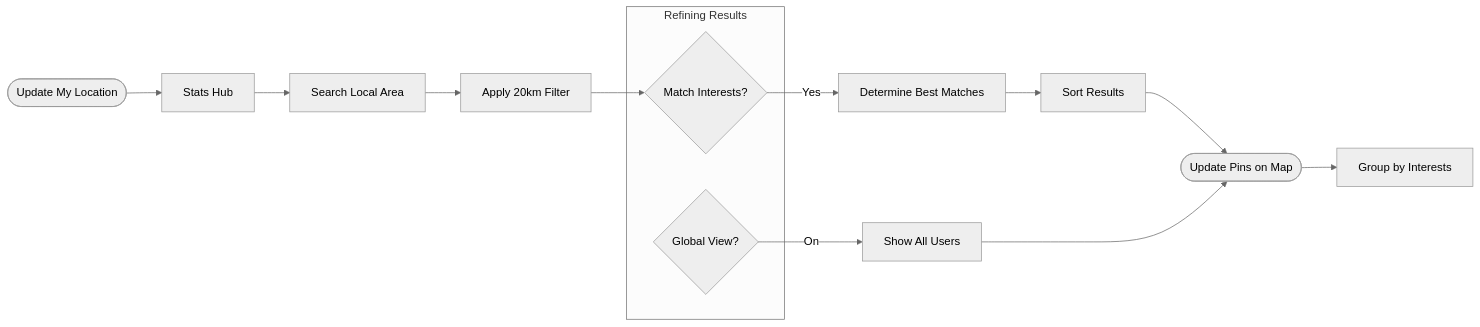
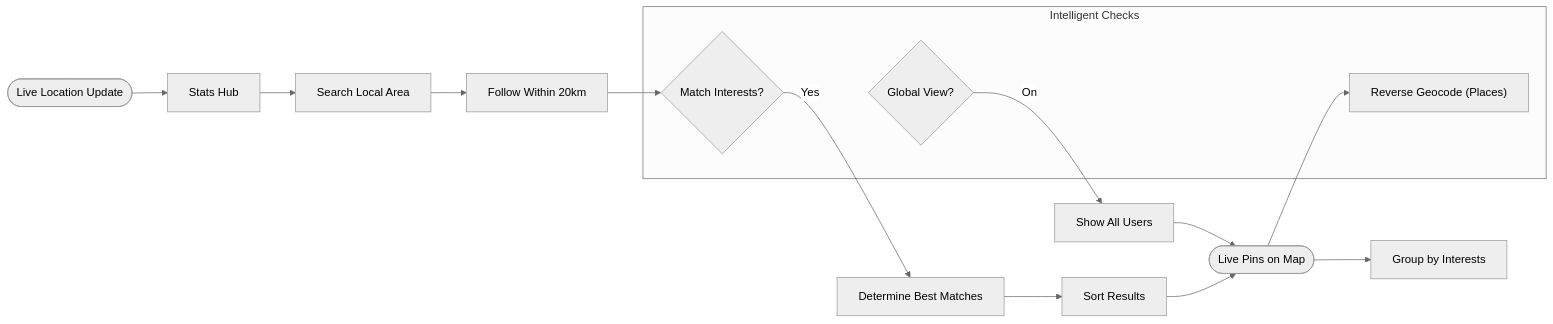
The fifth of 8 diagrams in docs/DIAGRAMS.md (Akash-Veerla/Demographic), drawn with Mermaid (neutral theme) before and after one commit. The commit also changed other lines of this file, not shown here.

Commit message:
System Diagrams Update

````diff
--- a/docs/DIAGRAMS.md
+++ b/docs/DIAGRAMS.md
@@ -139,21 +148,24 @@
 ```mermaid
 graph LR
-    Start([Update My Location]) --> Hub[Stats Hub]
+    Start([Live Location Update]) --> Hub[Stats Hub]
     Hub --> Search[Search Local Area]
-    Search --> Filter[Apply 20km Filter]
+    Search --> Range[Follow Within 20km]
     
-    subgraph "Refining Results"
+    subgraph "Intelligent Checks"
+        ReverseGeo["Reverse Geocode (Places)"]
         Match{Match Interests?}
         Global{Global View?}
     end
     
-    Filter --> Match
+    Range --> Match
     Global -- "On" --> ShowAll[Show All Users]
     Match -- "Yes" --> Calc[Determine Best Matches]
     
     Calc --> Sort[Sort Results]
-    Sort --> MapPins([Update Pins on Map])
+    Sort --> MapPins([Live Pins on Map])
     ShowAll --> MapPins
+    
+    MapPins --> ReverseGeo
     
     MapPins --> Groups["Group by Interests"]
 ```
````
